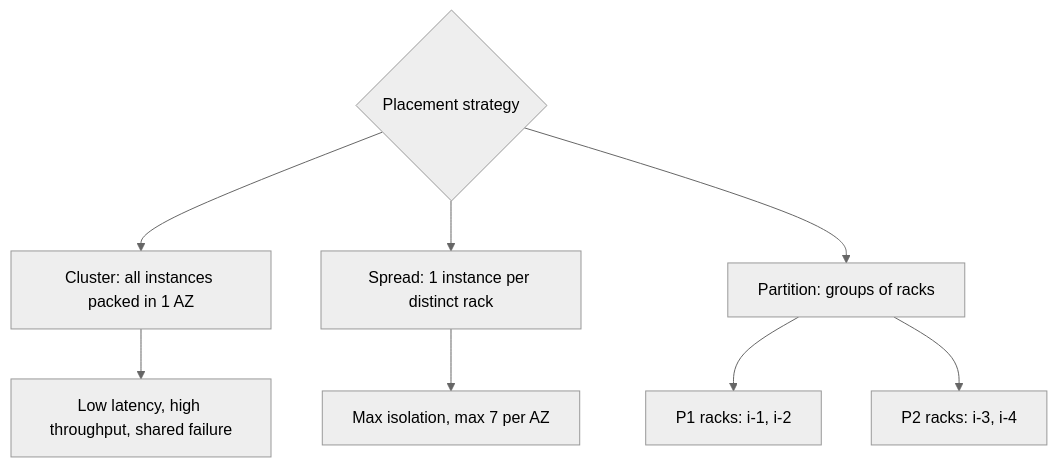
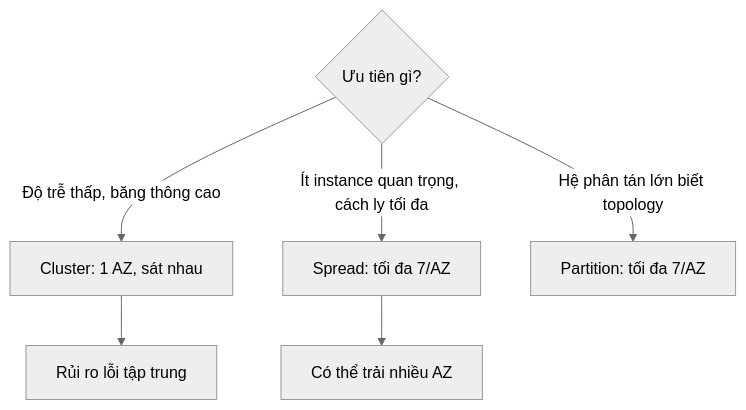
One commit to passion-Infinity/personal-tech-playbook changed the diagram in src/assets/knowledge/playbooks/aws/ec2-placement-groups.md. Above: the diagram before and after it, drawn with Mermaid (neutral theme). The commit also changed other lines of this file and 6 other files, not shown here.

````diff
--- a/src/assets/knowledge/playbooks/aws/ec2-placement-groups.md
+++ b/src/assets/knowledge/playbooks/aws/ec2-placement-groups.md
@@ -21,10 +29,8 @@
 ```mermaid
 flowchart TD
-    PG{Placement strategy} --> C["Cluster: all instances packed in 1 AZ"]
-    PG --> S["Spread: 1 instance per distinct rack"]
-    PG --> P["Partition: groups of racks"]
-    C --> C1[Low latency, high throughput, shared failure]
-    S --> S1["Max isolation, max 7 per AZ"]
-    P --> P1["P1 racks: i-1, i-2"]
-    P --> P2["P2 racks: i-3, i-4"]
+    Q{Ưu tiên gì?} -->|"Độ trễ thấp, băng thông cao"| C["Cluster: 1 AZ, sát nhau"]
+    Q -->|"Ít instance quan trọng, cách ly tối đa"| S["Spread: tối đa 7/AZ"]
+    Q -->|"Hệ phân tán lớn biết topology"| P["Partition: tối đa 7/AZ"]
+    C --> R1["Rủi ro lỗi tập trung"]
+    S --> R2["Có thể trải nhiều AZ"]
 ```
````
